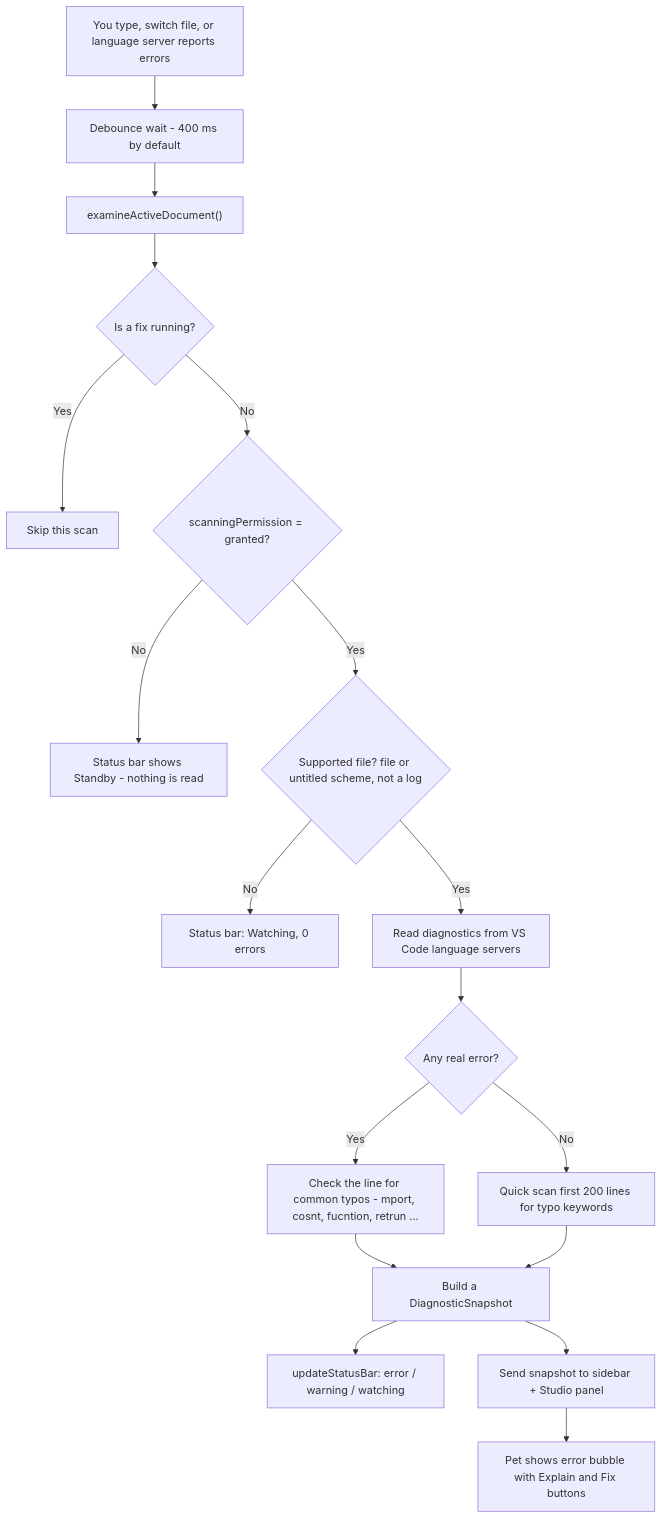
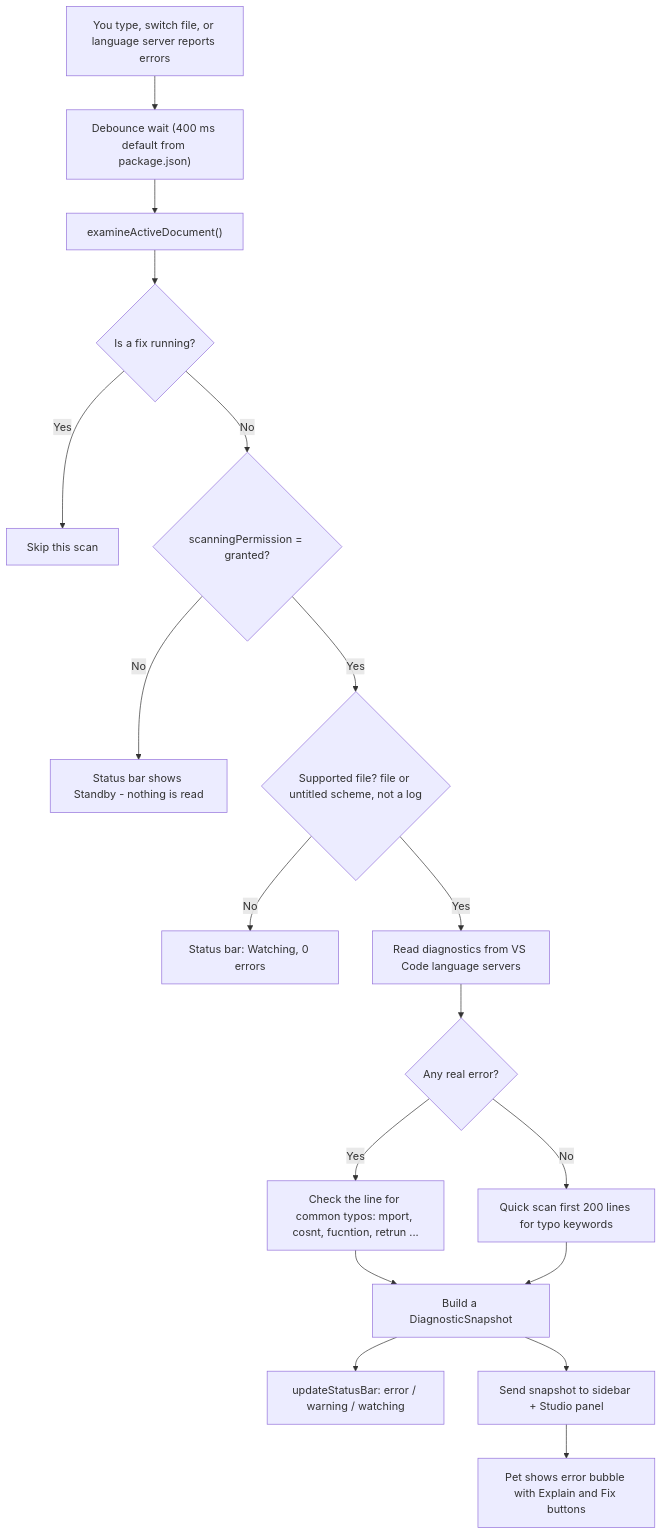
The fourth of 14 diagrams in README.md (maimanishhoon/aicodingpet), drawn with Mermaid before and after one commit. The commit also changed other lines of this file, not shown here.

````diff
--- a/README.md
+++ b/README.md
@@ -266,20 +405,20 @@
 ```mermaid
 flowchart TD
-    A["You type, switch file, or language server reports errors"] --> B["Debounce wait - 400 ms by default"]
+    A["You type, switch file, or language server reports errors"] --> B["Debounce wait (400 ms default from package.json)"]
     B --> C["examineActiveDocument()"]
     C --> D{"Is a fix running?"}
     D -- "Yes" --> Z1["Skip this scan"]
     D -- "No" --> E{"scanningPermission = granted?"}
     E -- "No" --> Z2["Status bar shows Standby - nothing is read"]
     E -- "Yes" --> F{"Supported file? file or untitled scheme, not a log"}
     F -- "No" --> Z3["Status bar: Watching, 0 errors"]
     F -- "Yes" --> G["Read diagnostics from VS Code language servers"]
     G --> H{"Any real error?"}
-    H -- "Yes" --> I["Check the line for common typos - mport, cosnt, fucntion, retrun ..."]
+    H -- "Yes" --> I["Check the line for common typos: mport, cosnt, fucntion, retrun ..."]
     H -- "No" --> J["Quick scan first 200 lines for typo keywords"]
     I --> K["Build a DiagnosticSnapshot"]
     J --> K
     K --> L["updateStatusBar: error / warning / watching"]
     K --> M["Send snapshot to sidebar + Studio panel"]
     M --> N["Pet shows error bubble with Explain and Fix buttons"]
 ```
````
